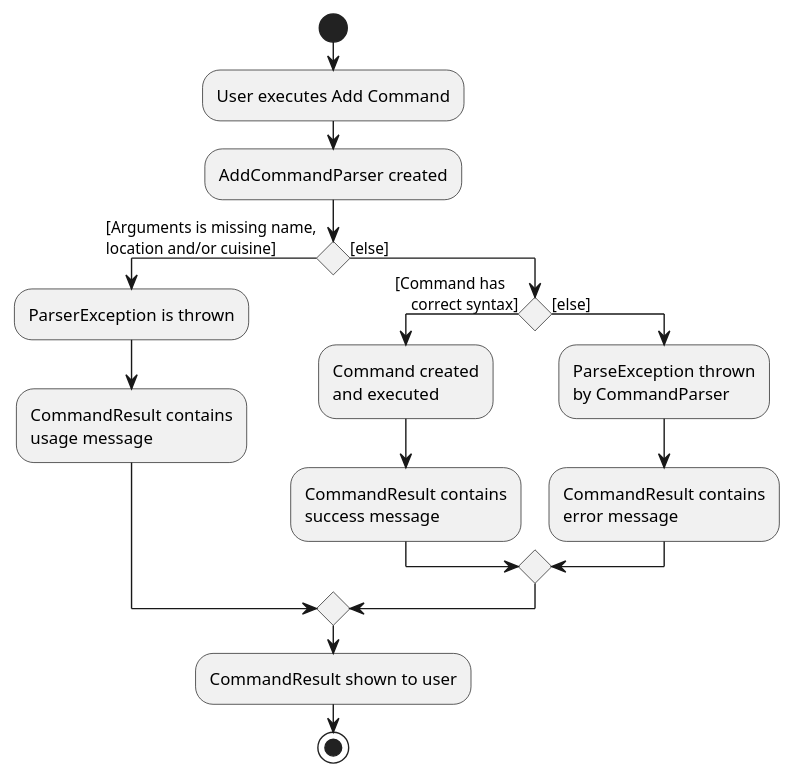
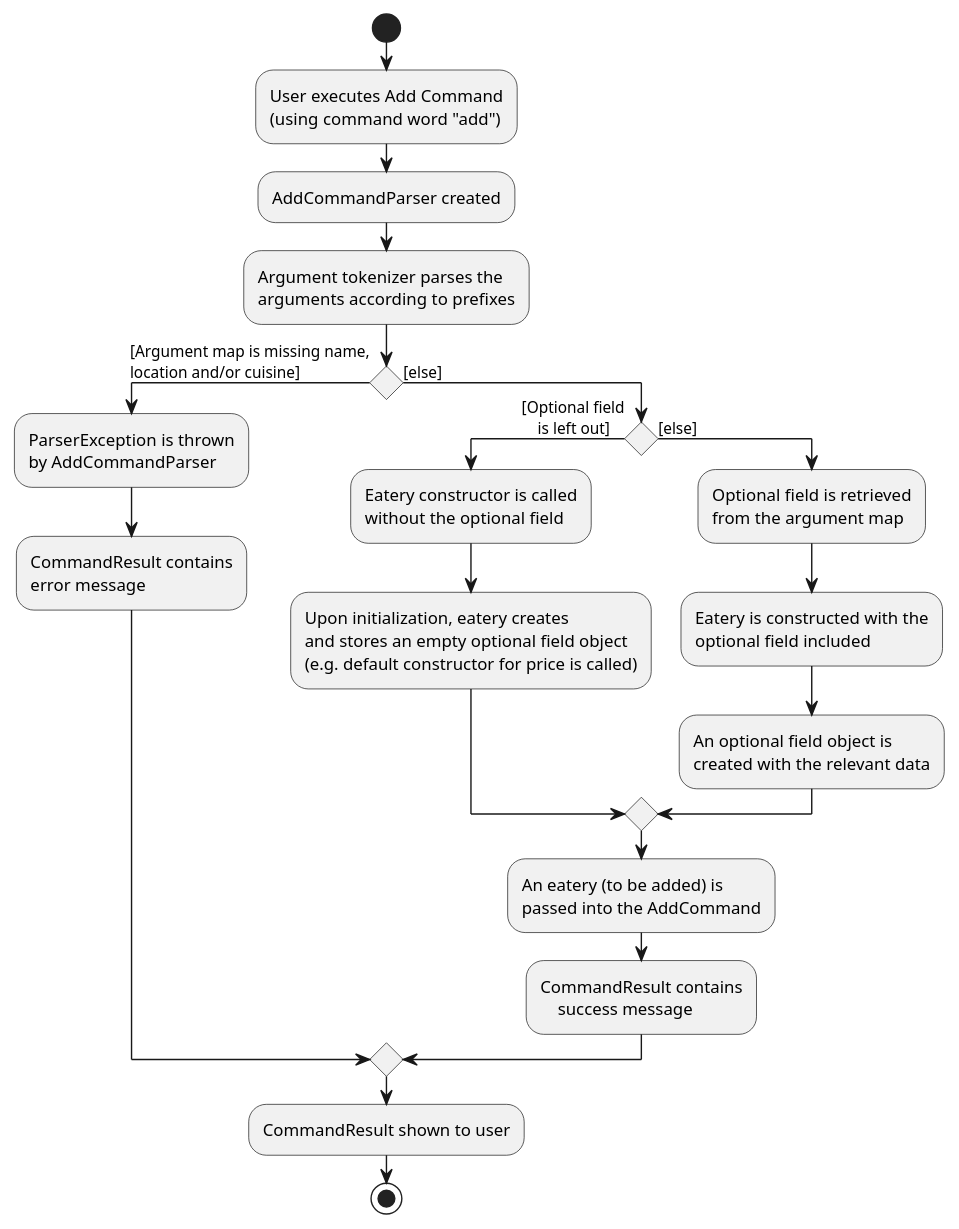
The diagram in docs/diagrams/OptionalFieldActivityDiagram.puml (nus-cs2103-AY2223S1/tp), drawn with PlantUML before and after one commit. The commit also changed 2 other files, not shown here.

Commit message:
Add implementation for an optional field Also did up the OptionalFieldActivityDiagram for the same section

```diff
--- a/docs/diagrams/OptionalFieldActivityDiagram.puml
+++ b/docs/diagrams/OptionalFieldActivityDiagram.puml
@@ -1,30 +1,41 @@
 @startuml
 start
-:User executes Add Command;
+:User executes Add Command
+(using command word "add");
 :AddCommandParser created;
+:Argument tokenizer parses the
+arguments according to prefixes;
 
 'Since the beta syntax does not support placing the condition outside the
 'diamond we place it as the true branch instead.
 
-if () then ([Arguments is missing name,
+if () then ([Argument map is missing name,
 location and/or cuisine])
-    :ParserException is thrown;
-    :CommandResult contains
-    usage message;
-else ([else])
-    if () then ([Command has
-    correct syntax])
-    :Command created
-    and executed;
-    :CommandResult contains
-    success message;
-    else ([else])
-    :ParseException thrown
-    by CommandParser;
+    :ParserException is thrown
+    by AddCommandParser;
     :CommandResult contains
     error message;
+else ([else])
+    if () then ([Optional field
+    is left out])
+    :Eatery constructor is called
+    without the optional field;
+    :Upon initialization, eatery creates
+    and stores an empty optional field object
+    (e.g. default constructor for price is called);
+    else ([else])
+    :Optional field is retrieved
+    from the argument map;
+    :Eatery is constructed with the
+    optional field included;
+    :An optional field object is
+    created with the relevant data;
     endif
+    :An eatery (to be added) is
+    passed into the AddCommand;
+    :CommandResult contains
+        success message;
 endif
 :CommandResult shown to user;
 stop
 @enduml
```
